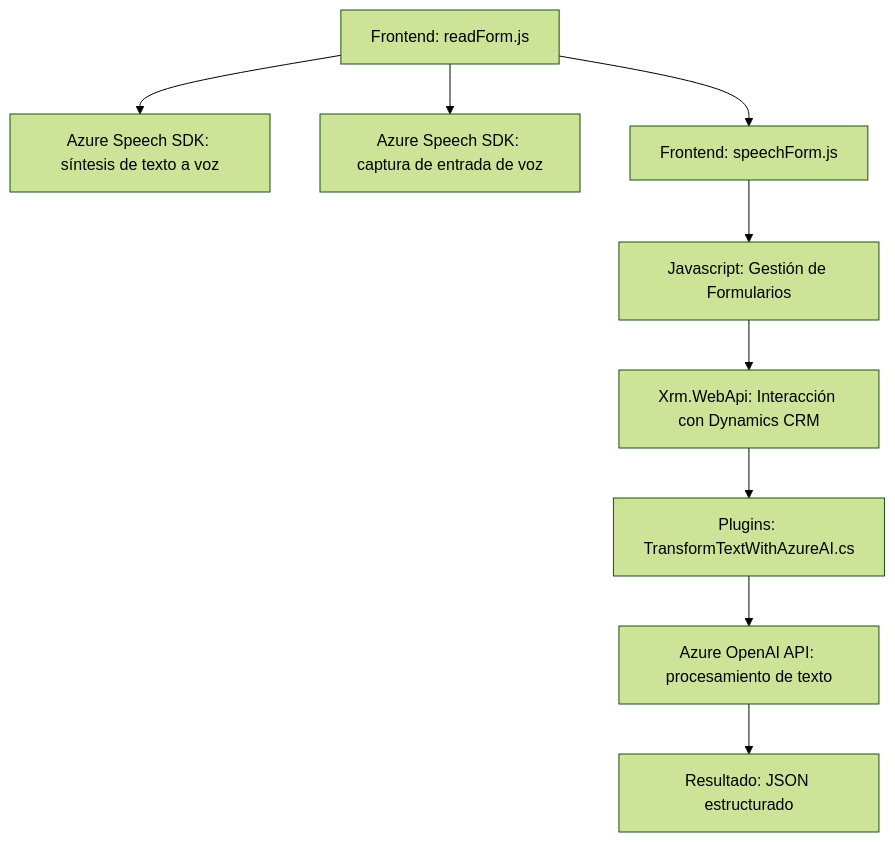
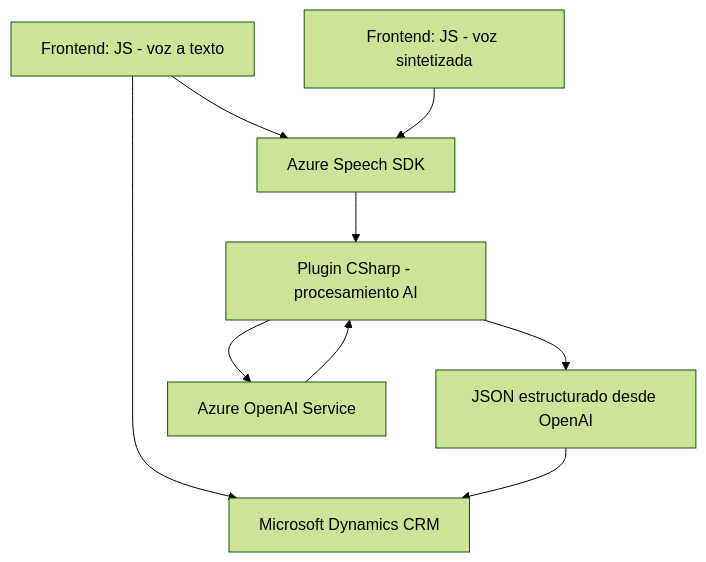
One commit to blopezdm/NETCORE_BILBAO2025 changed the diagram in README.md. Above: the diagram before and after it, drawn with Mermaid (forest theme). The commit also changed other lines of this file, not shown here.

Commit message:
Actualizar análisis global de la solución con IA

````diff
--- a/README.md
+++ b/README.md
@@ -37,11 +42,19 @@
 ```mermaid
 graph TD
-    A["Frontend: readForm.js"] --> B["Azure Speech SDK: síntesis de texto a voz"]
-    A --> C["Azure Speech SDK: captura de entrada de voz"]
-    A --> D["Frontend: speechForm.js"]
-    D --> E["Javascript: Gestión de Formularios"]
-    E --> F["Xrm.WebApi: Interacción con Dynamics CRM"]
-    F --> G["Plugins: TransformTextWithAzureAI.cs"]
-    G --> H["Azure OpenAI API: procesamiento de texto"]
-    H --> I["Resultado: JSON estructurado"]
+    A["Frontend: JS - voz a texto"]
+    B["Azure Speech SDK"]
+    C["JSON estructurado desde OpenAI"]
+    D["Frontend: JS - voz sintetizada"]
+    E["Plugin CSharp - procesamiento AI"]
+    F["Azure OpenAI Service"]
+    G["Microsoft Dynamics CRM"]
+    
+    A --> B 
+    A --> G
+    B --> E
+    E --> F
+    F --> E
+    E --> C
+    C --> G
+    D --> B
 ```
````
